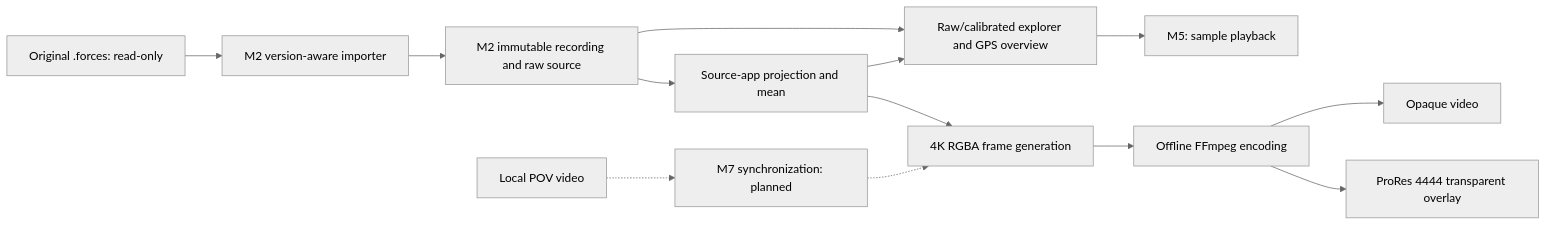
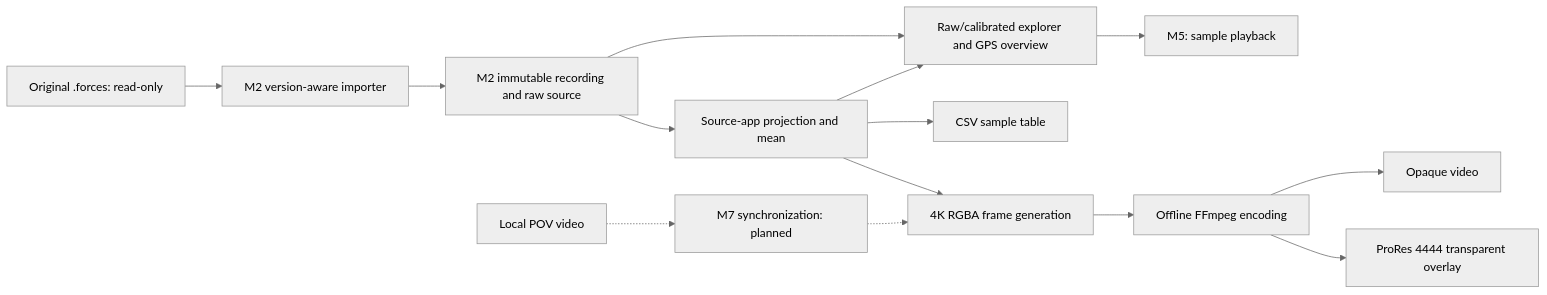
Before and after one commit to rudnerbjoern/ride-forces-analyzer: the diagram in docs/architecture/04_solution_strategy.md, drawn with Mermaid (neutral theme). The commit also changed 63 other files, not shown here.

````diff
--- a/docs/architecture/04_solution_strategy.md
+++ b/docs/architecture/04_solution_strategy.md
@@ -13,15 +13,16 @@
 ```mermaid
 flowchart LR
     Original["Original .forces: read-only"] --> Importer["M2 version-aware importer"]
     Importer --> Canonical["M2 immutable recording and raw source"]
     Canonical --> Analysis["Source-app projection and mean"]
     Canonical --> Explorer["Raw/calibrated explorer and GPS overview"]
     Analysis --> Explorer
+    Analysis --> CSV["CSV sample table"]
     Explorer --> Playback["M5: sample playback"]
     Analysis --> Frames["4K RGBA frame generation"]
     Frames --> Encoder["Offline FFmpeg encoding"]
     Encoder --> Opaque["Opaque video"]
     Encoder --> Overlay["ProRes 4444 transparent overlay"]
     POV["Local POV video"] -.-> Sync["M7 synchronization: planned"]
     Sync -.-> Frames
 ```
````
